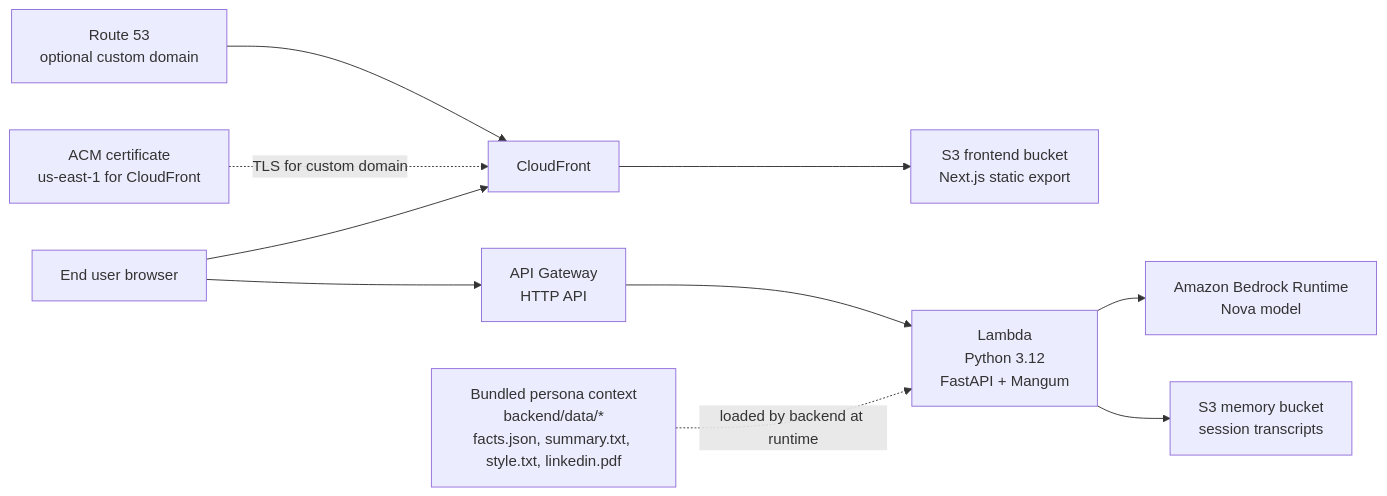
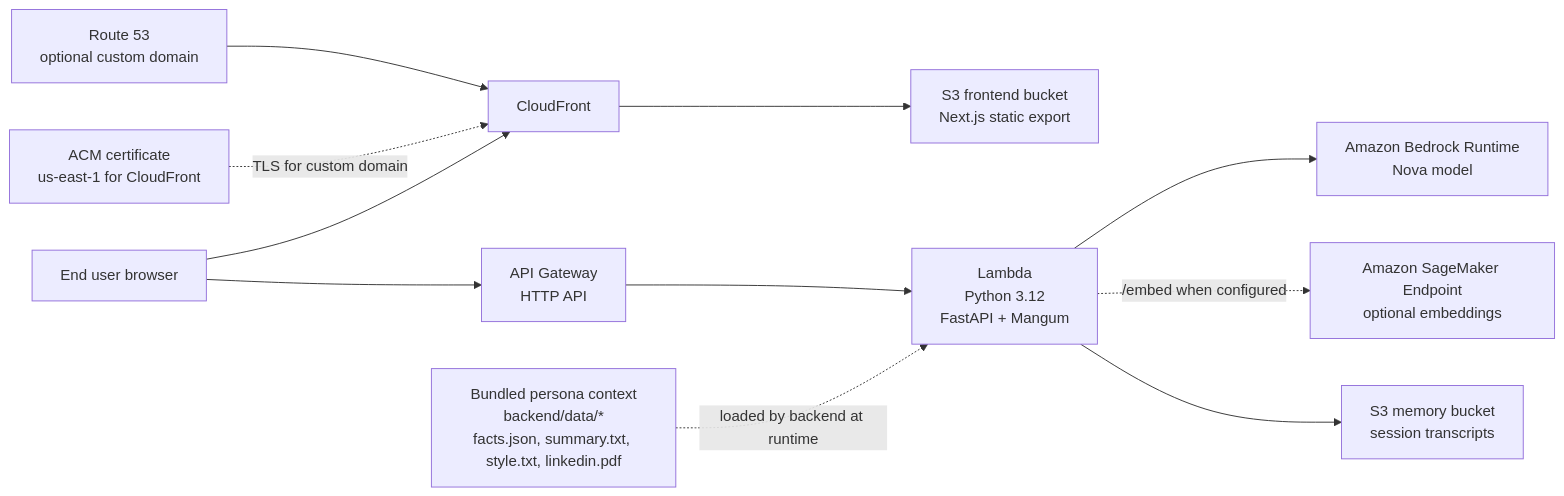
One commit to svkmdl/prop-assist-twin changed the diagram in README.md. Above: the diagram before and after it, drawn with Mermaid. The commit also changed other lines of this file, not shown here.

````diff
--- a/README.md
+++ b/README.md
@@ -11,23 +11,25 @@
 ```mermaid
 flowchart LR
     U[End user browser]
     R53[Route 53<br/>optional custom domain]
     ACM[ACM certificate<br/>us-east-1 for CloudFront]
     CF[CloudFront]
     S3F[S3 frontend bucket<br/>Next.js static export]
     API[API Gateway<br/>HTTP API]
     L[Lambda<br/>Python 3.12<br/>FastAPI + Mangum]
     BR[Amazon Bedrock Runtime<br/>Nova model]
+    SM[Amazon SageMaker Endpoint<br/>optional embeddings]
     S3M[S3 memory bucket<br/>session transcripts]
     P[Bundled persona context<br/>backend/data/*<br/>facts.json, summary.txt, style.txt, linkedin.pdf]
 
     R53 --> CF
     ACM -. TLS for custom domain .-> CF
     U --> CF
     CF --> S3F
     U --> API
     API --> L
     L --> BR
+    L -. /embed when configured .-> SM
     L --> S3M
     P -. loaded by backend at runtime .-> L
 ```
````
